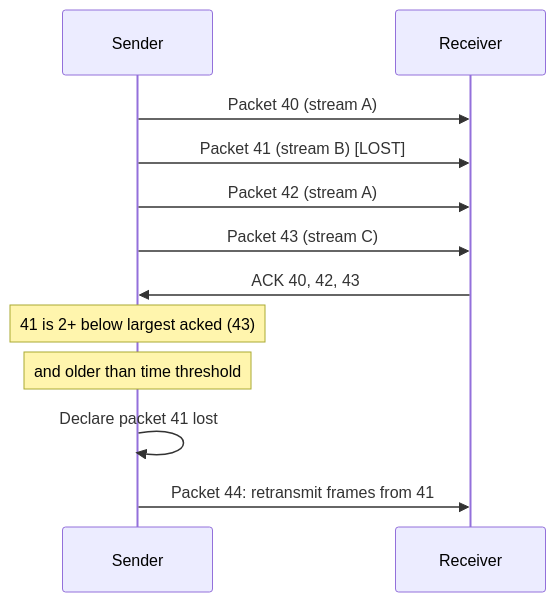
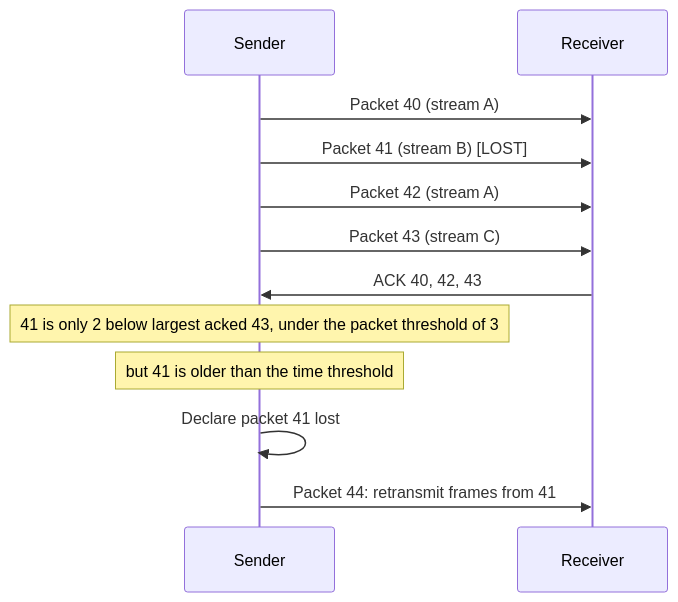
One commit to vabs/vabs.github.io changed the first of 2 diagrams in content/post/http-3-and-quic-packet-loss-recovery.md. Above: the diagram before and after it, drawn with Mermaid. The commit also changed other lines of this file and 72 other files, not shown here.

```diff
--- a/content/post/http-3-and-quic-packet-loss-recovery.md
+++ b/content/post/http-3-and-quic-packet-loss-recovery.md
@@ -54,14 +54,14 @@
 {{< mermaid >}}
 sequenceDiagram
     participant S as Sender
     participant R as Receiver
     S->>R: Packet 40 (stream A)
     S->>R: Packet 41 (stream B) [LOST]
     S->>R: Packet 42 (stream A)
     S->>R: Packet 43 (stream C)
     R->>S: ACK 40, 42, 43
-    Note over S: 41 is 2+ below largest acked (43)
-    Note over S: and older than time threshold
+    Note over S: 41 is only 2 below largest acked 43, under the packet threshold of 3
+    Note over S: but 41 is older than the time threshold
     S->>S: Declare packet 41 lost
     S->>R: Packet 44: retransmit frames from 41
 {{< /mermaid >}}
```
